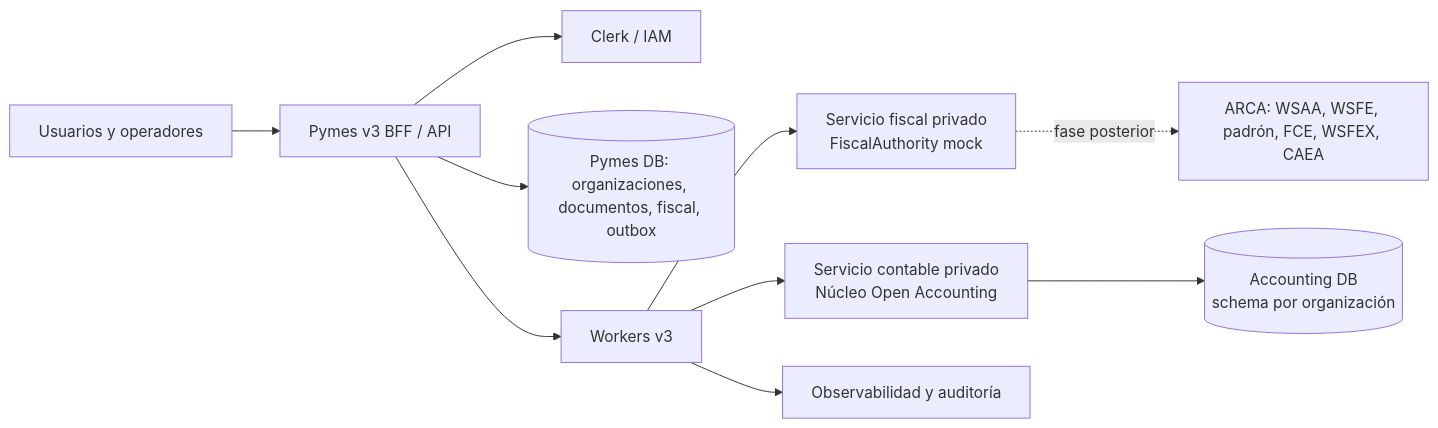
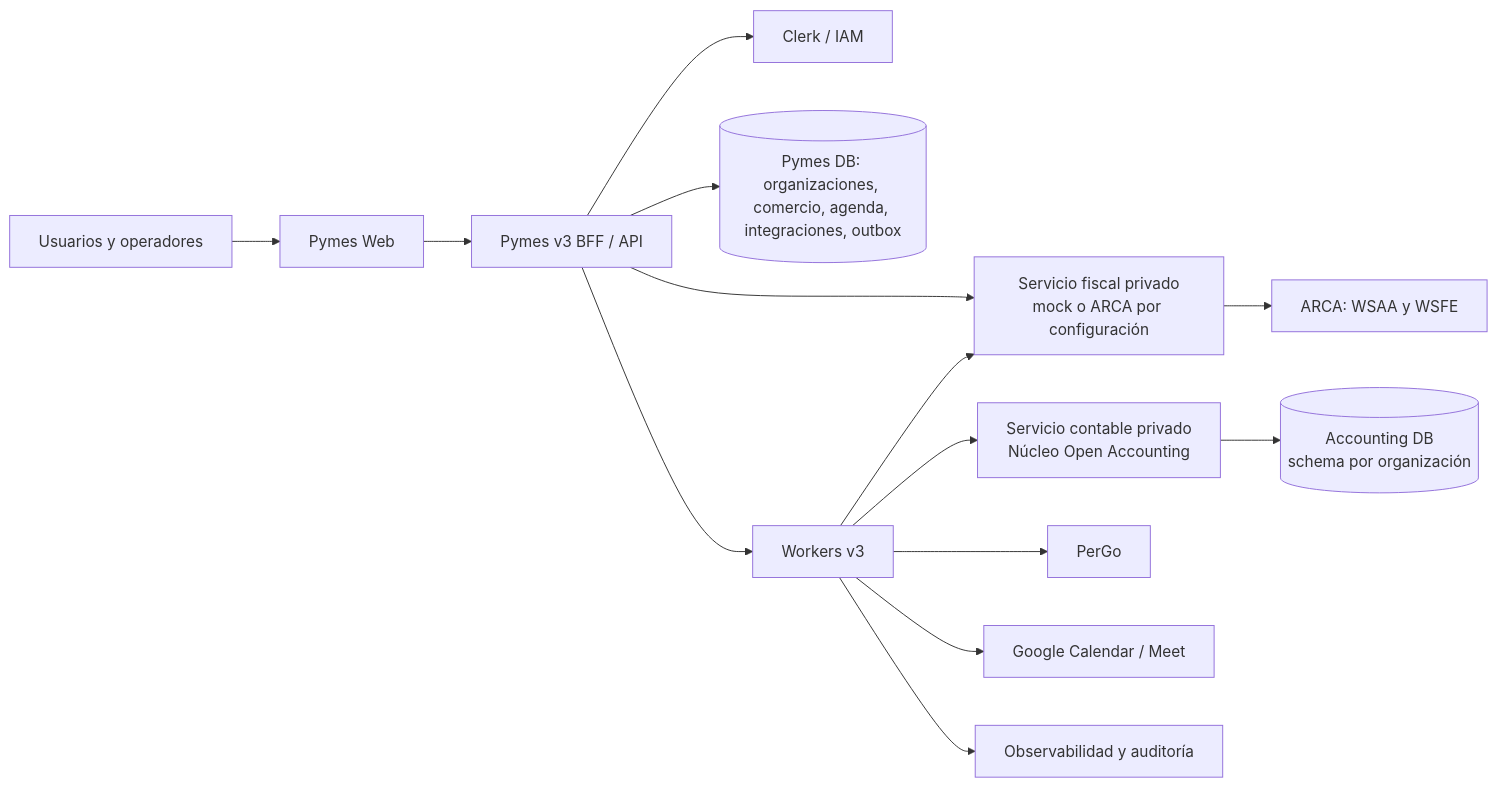
One commit to devpablocristo/pymes changed the first of 3 diagrams in v3/docs/02-arquitectura.md. Above: the diagram before and after it, drawn with Mermaid. The commit also changed other lines of this file and 188 other files, not shown here.

````diff
--- a/v3/docs/02-arquitectura.md
+++ b/v3/docs/02-arquitectura.md
@@ -5,12 +5,16 @@
 ```mermaid
 flowchart LR
-  U[Usuarios y operadores] --> B[Pymes v3 BFF / API]
+  U[Usuarios y operadores] --> WEB[Pymes Web]
+  WEB --> B[Pymes v3 BFF / API]
   B --> I[Clerk / IAM]
-  B --> P[(Pymes DB: organizaciones, documentos, fiscal, outbox)]
+  B --> P[(Pymes DB: organizaciones, comercio, agenda, integraciones, outbox)]
   B --> W[Workers v3]
-  W --> F[Servicio fiscal privado\nFiscalAuthority mock]
+  B --> F
+  W --> F[Servicio fiscal privado\nmock o ARCA por configuración]
   W --> A[Servicio contable privado\nNúcleo Open Accounting]
-  F -. fase posterior .-> R[ARCA: WSAA, WSFE, padrón, FCE, WSFEX, CAEA]
+  W --> N[PerGo]
+  W --> G[Google Calendar / Meet]
+  F --> R[ARCA: WSAA y WSFE]
   A --> C[(Accounting DB\nschema por organización)]
   W --> O[Observabilidad y auditoría]
 ```
````
